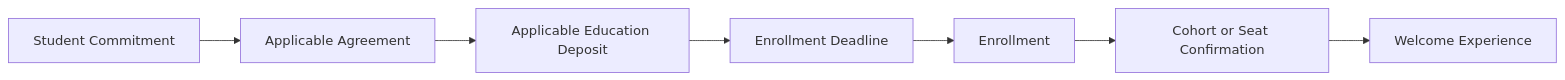
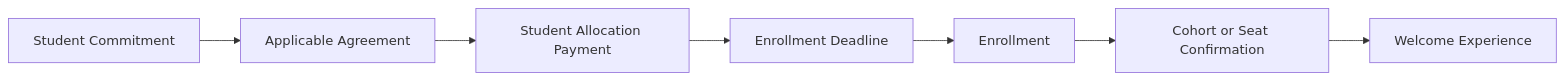
Before and after one commit to RIAHPathway/Website-Draft: the diagram in RIAH-PATHWAY-WEBSITE-WIREFRAMES-STRUCTURE/11. ADMISSIONS/IMAGES/11.3-ACCEPTANCE-AND-ENROLLMENT-FLOW-01.mmd, drawn with Mermaid. The commit also changed 11 other files, not shown here.

```diff
--- a/RIAH-PATHWAY-WEBSITE-WIREFRAMES-STRUCTURE/11. ADMISSIONS/IMAGES/11.3-ACCEPTANCE-AND-ENROLLMENT-FLOW-01.mmd
+++ b/RIAH-PATHWAY-WEBSITE-WIREFRAMES-STRUCTURE/11. ADMISSIONS/IMAGES/11.3-ACCEPTANCE-AND-ENROLLMENT-FLOW-01.mmd
@@ -1,14 +1,14 @@
 flowchart LR
   N1["Student Commitment"]
   N2["Applicable Agreement"]
-  N3["Applicable Education Deposit"]
+  N3["Student Allocation Payment"]
   N4["Enrollment Deadline"]
   N5["Enrollment"]
   N6["Cohort or Seat Confirmation"]
   N7["Welcome Experience"]
   N1 --> N2
   N2 --> N3
   N3 --> N4
   N4 --> N5
   N5 --> N6
   N6 --> N7
```
